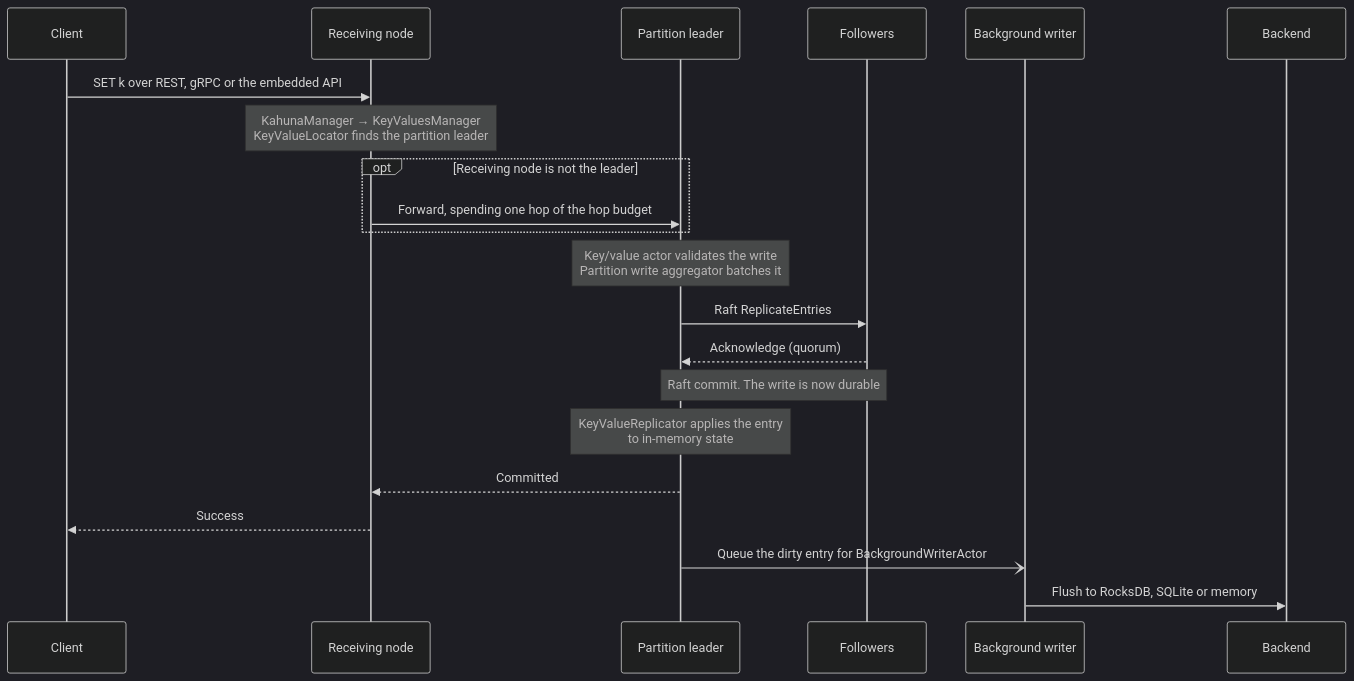
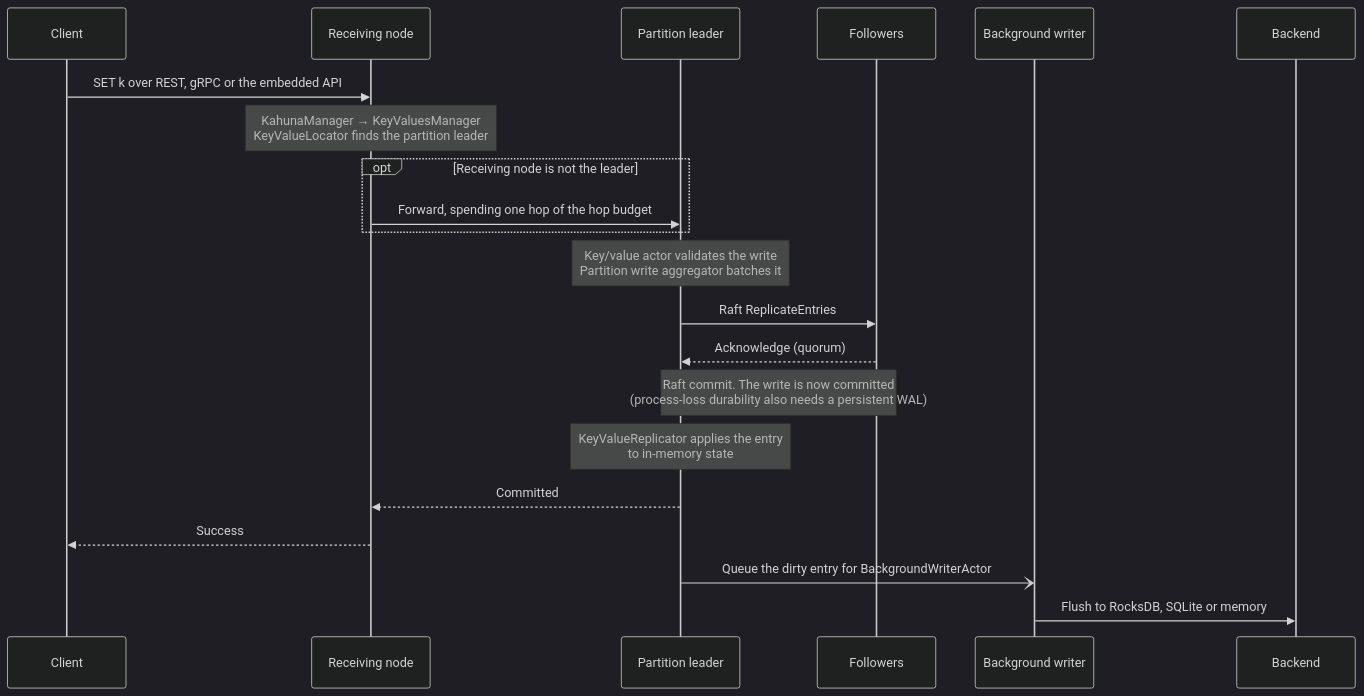
One commit to kahunakv/kahunakv.github.io changed the diagram in docs/internals/request-flow.md. Above: the diagram before and after it, drawn with Mermaid (dark theme). The commit also changed other lines of this file and 121 other files, not shown here.

````diff
--- a/docs/internals/request-flow.md
+++ b/docs/internals/request-flow.md
@@ -57,23 +57,23 @@
 ```mermaid
 sequenceDiagram
     participant C as Client
     participant R as Receiving node
     participant L as Partition leader
     participant F as Followers
     participant W as Background writer
     participant D as Backend
     C->>R: SET k over REST, gRPC or the embedded API
     Note over R: KahunaManager → KeyValuesManager<br/>KeyValueLocator finds the partition leader
     opt Receiving node is not the leader
         R->>L: Forward, spending one hop of the hop budget
     end
     Note over L: Key/value actor validates the write<br/>Partition write aggregator batches it
     L->>F: Raft ReplicateEntries
     F-->>L: Acknowledge (quorum)
-    Note over L,F: Raft commit. The write is now durable
+    Note over L,F: Raft commit. The write is now committed<br/>(process-loss durability also needs a persistent WAL)
     Note over L: KeyValueReplicator applies the entry<br/>to in-memory state
     L-->>R: Committed
     R-->>C: Success
     L-)W: Queue the dirty entry for BackgroundWriterActor
     W->>D: Flush to RocksDB, SQLite or memory
 ```
````
